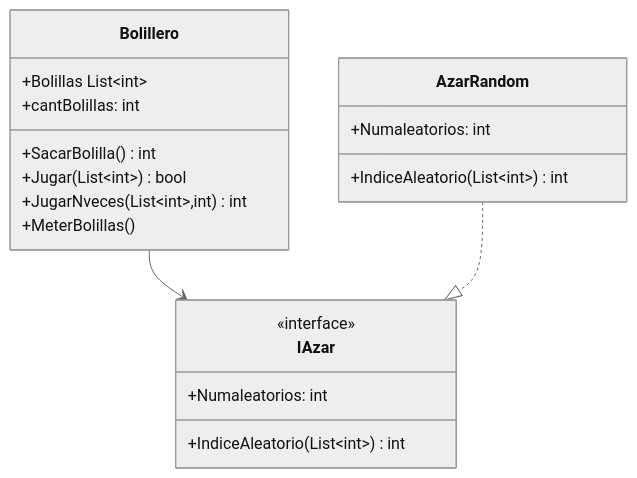
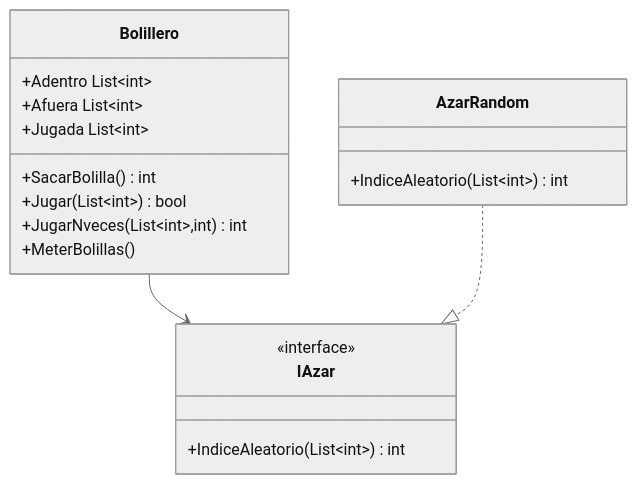
The diagram in docs/README.md (brenda20-22/TO-Bolillero), drawn with Mermaid (neutral theme) before and after one commit. The commit also changed 3 other files, not shown here.

````diff
--- a/docs/README.md
+++ b/docs/README.md
@@ -3,23 +3,22 @@
 ```mermaid
 classDiagram
     class Bolillero{
-        +Bolillas List~int~
-        +cantBolillas: int 
+        +Adentro List~int~
+        +Afuera List~int~
+        +Jugada List~int~ 
         +SacarBolilla() int 
         +Jugar(List~int~) bool
         +JugarNveces(List~int~,int) int
         +MeterBolillas() 
         }
     class IAzar{
         <<interface>>
-        +Numaleatorios: int
         +IndiceAleatorio(List~int~) int
         }
     class AzarRandom{
-        +Numaleatorios: int
         +IndiceAleatorio(List~int~) int
     }
 
     Bolillero --> IAzar
     AzarRandom ..|> IAzar
 ```
````
